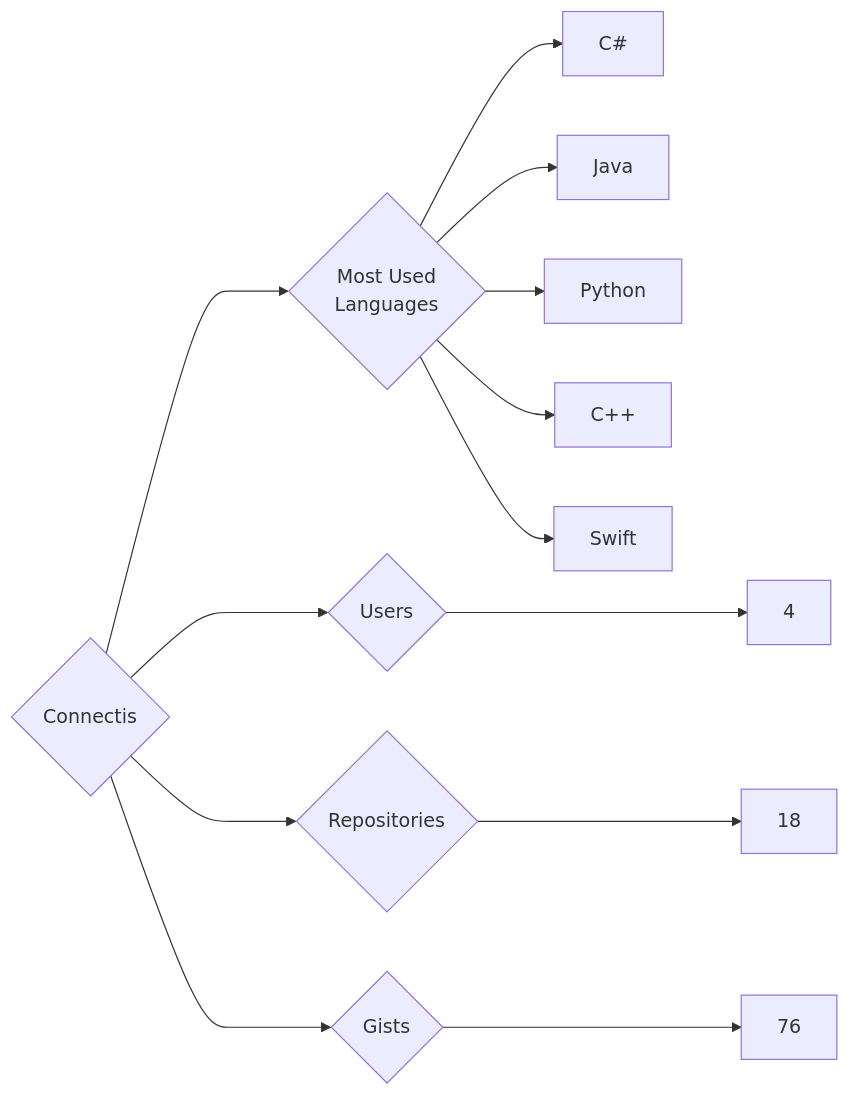
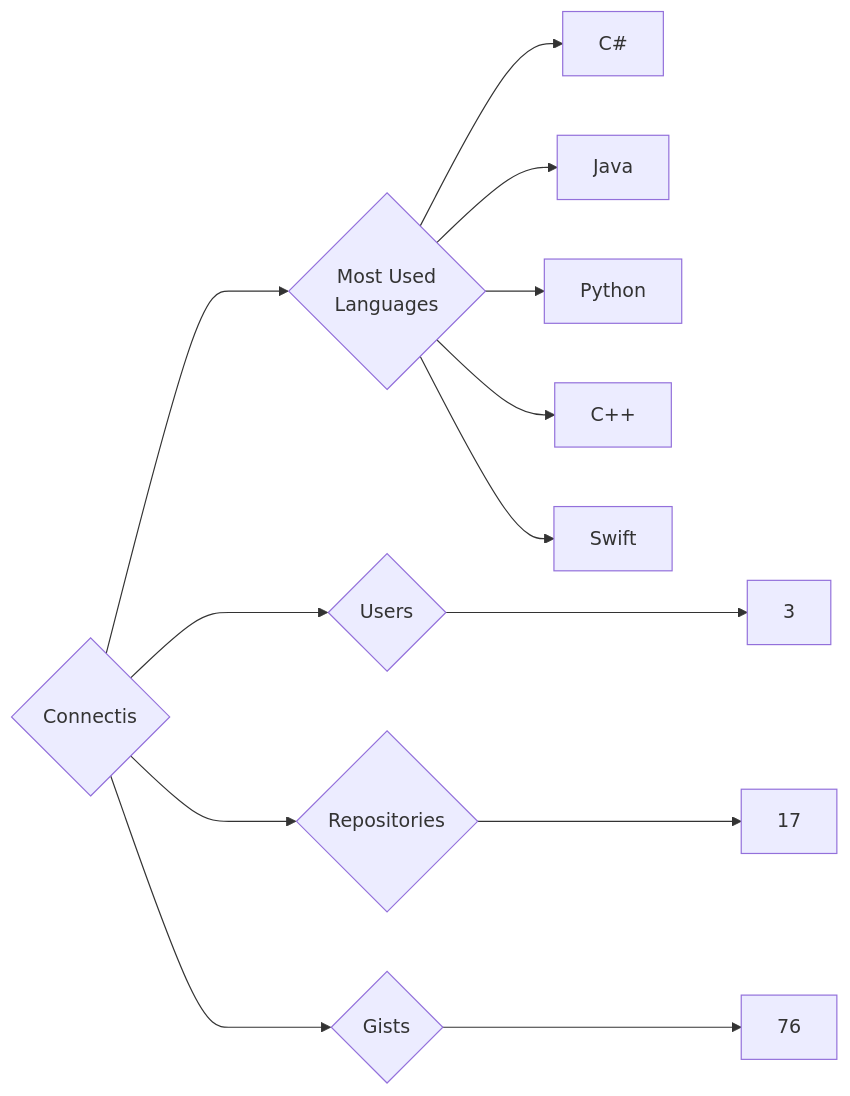
The diagram in targets/Connectis/README.md (trickest/insiders), drawn with Mermaid before and after one commit. The commit also changed 873 other files, not shown here.

````diff
--- a/targets/Connectis/README.md
+++ b/targets/Connectis/README.md
@@ -3,13 +3,13 @@
 ```mermaid
 graph LR
 COMPANY_NAME{Connectis}
-COMPANY_NAME ---> U{Users} ---> UN[4]
-COMPANY_NAME ---> R{Repositories} ---> RN[18]
+COMPANY_NAME ---> U{Users} ---> UN[3]
+COMPANY_NAME ---> R{Repositories} ---> RN[17]
 COMPANY_NAME ---> G{Gists} ---> GN[76]
 COMPANY_NAME ---> ML{Most Used<br>Languages}
 ML --> C#[C#]
 ML --> Java[Java]
 ML --> Python[Python]
 ML --> C++[C++]
 ML --> Swift[Swift]
 ```
````
